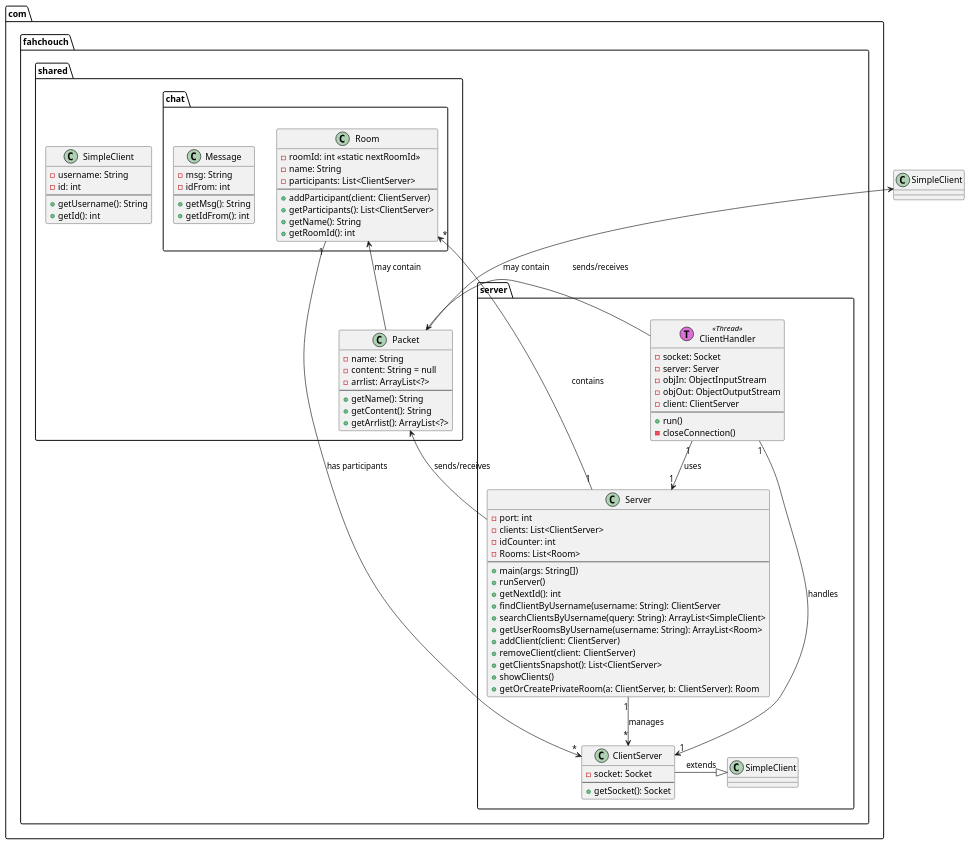
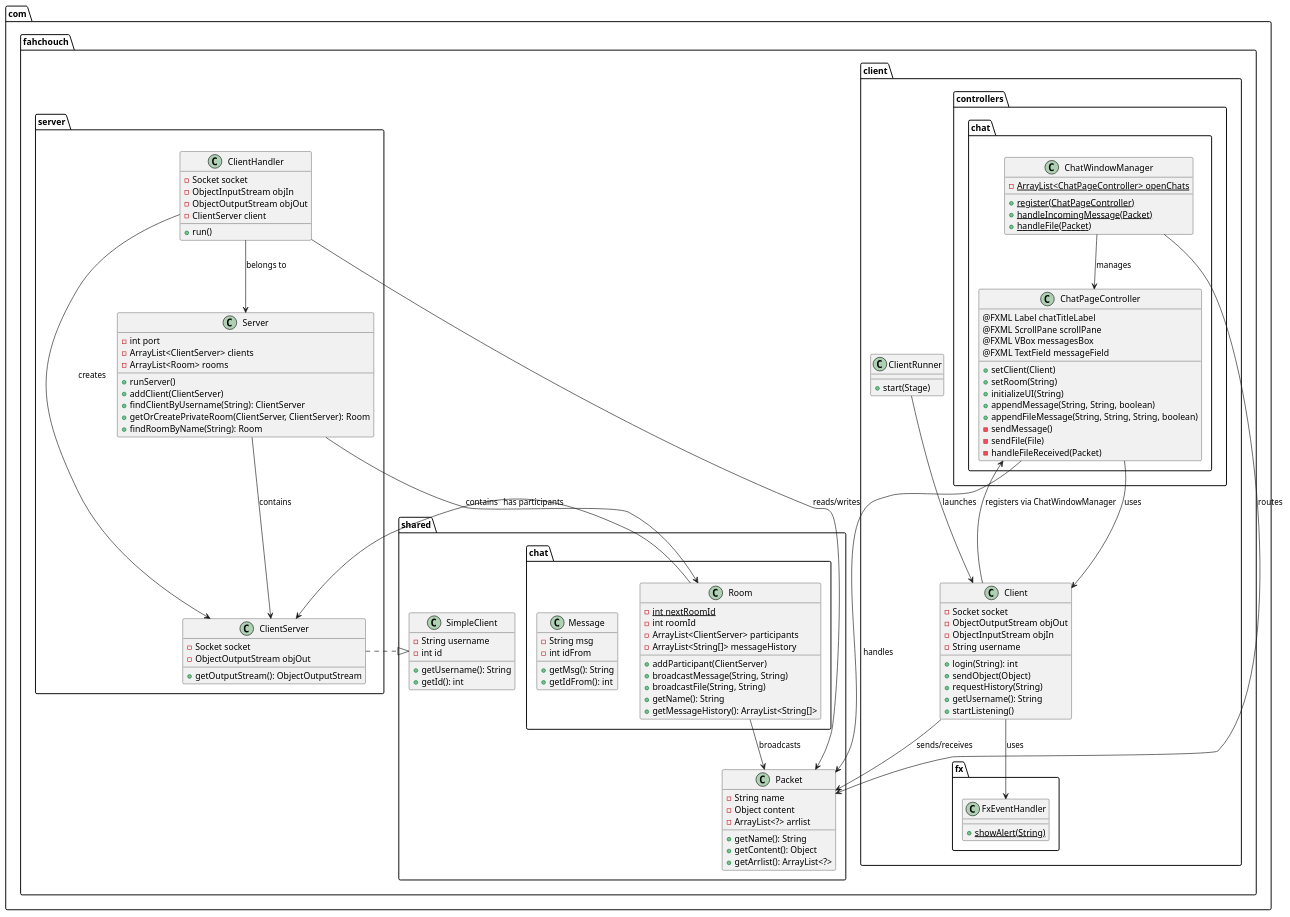
One commit to fahchouchsm/ChatAppJavaTCP-JavaFX changed the diagram in class.puml. Above: the diagram before and after it, drawn with PlantUML. The commit also changed 1 other file, not shown here.

Commit message:
Update and expand class diagram for project structure
Enhanced the PlantUML class diagram to include detailed class members, methods, and relationships for client, server, shared, and chat packages. Added new classes and updated existing ones to reflect recent architectural changes. Generated a new classdiagram.png to visualize the updated structure.

```diff
--- a/class.puml
+++ b/class.puml
@@ -1,95 +1,135 @@
-@startuml class
+@startuml classdiagram
+
+package "com.fahchouch.client" {
+  class Client {
+    -Socket socket
+    -ObjectOutputStream objOut
+    -ObjectInputStream objIn
+    -String username
+    +login(String): int
+    +sendObject(Object)
+    +requestHistory(String)
+    +getUsername(): String
+    +startListening()
+  }
+  
+  class ClientRunner {
+    +start(Stage)
+  }
+  
+  package "controllers.chat" {
+    class ChatPageController {
+      @FXML Label chatTitleLabel
+      @FXML ScrollPane scrollPane
+      @FXML VBox messagesBox
+      @FXML TextField messageField
+      +setClient(Client)
+      +setRoom(String)
+      +initializeUI(String)
+      +appendMessage(String, String, boolean)
+      +appendFileMessage(String, String, String, boolean)
+      -sendMessage()
+      -sendFile(File)
+      -handleFileReceived(Packet)
+    }
+    
+    class ChatWindowManager {
+      {static} -ArrayList<ChatPageController> openChats
+      {static} +register(ChatPageController)
+      {static} +handleIncomingMessage(Packet)
+      {static} +handleFile(Packet)
+    }
+  }
+  
+  package "fx" {
+    class FxEventHandler {
+      {static} +showAlert(String)
+    }
+  }
+}
 
 package "com.fahchouch.server" {
   class Server {
-    -port: int
-    -clients: List<ClientServer>
-    -idCounter: int
-    -Rooms: List<Room>
-    --
-    +main(args: String[])
+    -int port
+    -ArrayList<ClientServer> clients
+    -ArrayList<Room> rooms
     +runServer()
-    +getNextId(): int
-    +findClientByUsername(username: String): ClientServer
-    +searchClientsByUsername(query: String): ArrayList<SimpleClient>
-    +getUserRoomsByUsername(username: String): ArrayList<Room>
-    +addClient(client: ClientServer)
-    +removeClient(client: ClientServer)
-    +getClientsSnapshot(): List<ClientServer>
-    +showClients()
-    +getOrCreatePrivateRoom(a: ClientServer, b: ClientServer): Room
+    +addClient(ClientServer)
+    +findClientByUsername(String): ClientServer
+    +getOrCreatePrivateRoom(ClientServer, ClientServer): Room
+    +findRoomByName(String): Room
   }
-
-  class ClientHandler <<(T,orchid) Thread>> {
-    -socket: Socket
-    -server: Server
-    -objIn: ObjectInputStream
-    -objOut: ObjectOutputStream
-    -client: ClientServer
-    --
+  
+  class ClientHandler {
+    -Socket socket
+    -ObjectInputStream objIn
+    -ObjectOutputStream objOut
+    -ClientServer client
     +run()
-    -closeConnection()
   }
-
+  
   class ClientServer {
-    -socket: Socket
-    --
-    +getSocket(): Socket
+    -Socket socket
+    -ObjectOutputStream objOut
+    +getOutputStream(): ObjectOutputStream
   }
-
-  ClientServer -|> SimpleClient : extends
 }
 
 package "com.fahchouch.shared" {
+  class Packet {
+    -String name
+    -Object content
+    -ArrayList<?> arrlist
+    +getName(): String
+    +getContent(): Object
+    +getArrlist(): ArrayList<?>
+  }
+  
   class SimpleClient {
-    -username: String
-    -id: int
-    --
+    -String username
+    -int id
     +getUsername(): String
     +getId(): int
-  }
-
-  class Packet {
-    -name: String
-    -content: String = null
-    -arrlist: ArrayList<?>
-    --
-    +getName(): String
-    +getContent(): String
-    +getArrlist(): ArrayList<?>
   }
 }
 
 package "com.fahchouch.shared.chat" {
   class Room {
-    -roomId: int <<static nextRoomId>>
-    -name: String
-    -participants: List<ClientServer>
-    --
-    +addParticipant(client: ClientServer)
-    +getParticipants(): List<ClientServer>
+    {static} -int nextRoomId
+    -int roomId
+    -ArrayList<ClientServer> participants
+    -ArrayList<String[]> messageHistory
+    +addParticipant(ClientServer)
+    +broadcastMessage(String, String)
+    +broadcastFile(String, String)
     +getName(): String
-    +getRoomId(): int
+    +getMessageHistory(): ArrayList<String[]>
   }
-
+  
   class Message {
-    -msg: String
-    -idFrom: int
-    --
+    -String msg
+    -int idFrom
     +getMsg(): String
     +getIdFrom(): int
   }
 }
 
-' === RELATIONS ===
-Server "1" --> "*" ClientServer : manages
-Server "1" --> "*" Room : contains
-ClientHandler "1" --> "1" Server : uses
-ClientHandler "1" --> "1" ClientServer : handles
-Room "1" --> "*" ClientServer : has participants
-Packet <-- ClientHandler : sends/receives
-Packet <-- Server : sends/receives
-SimpleClient <-- Packet : may contain
-Room <-- Packet : may contain
+' === Relationships ===
+Client --> Packet : sends/receives
+Client --> FxEventHandler : uses
+ClientRunner --> Client : launches
+ChatPageController --> Client : uses
+ChatPageController --> Packet : handles
+ChatWindowManager --> ChatPageController : manages
+ChatWindowManager --> Packet : routes
+ClientHandler --> Server : belongs to
+ClientHandler --> ClientServer : creates
+ClientHandler --> Packet : reads/writes
+ClientServer ..|> SimpleClient
+Server --> ClientServer : contains
+Server --> Room : contains
+Room --> ClientServer : has participants
+Room --> Packet : broadcasts
+Client --> ChatPageController : registers via ChatWindowManager
 
 @enduml
```
